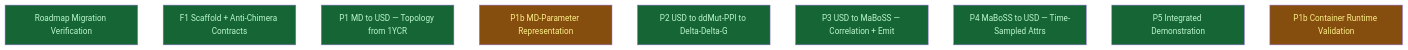
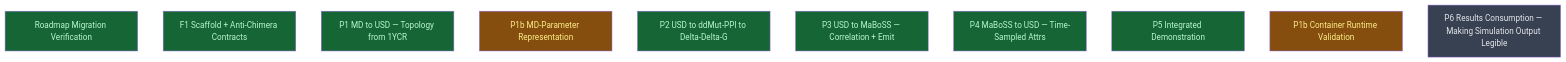
The diagram in __roadmap__/p53-mdm2-v2/README.md (LittleCoinCoin/usd-bio), drawn with Mermaid before and after one commit. The commit also changed other lines of this file and 7 other files, not shown here.

First line of the commit message:
docs(p53-mdm2): R15 results-consumption boundary — payloads, plots, and the opacity rule

````diff
--- a/__roadmap__/p53-mdm2-v2/README.md
+++ b/__roadmap__/p53-mdm2-v2/README.md
@@ -45,17 +45,18 @@
 ```mermaid
 graph TD
     migration_verification[Roadmap Migration Verification]:::done
     f1_scaffold[F1 Scaffold + Anti-Chimera Contracts]:::done
     p1_topology_from_1ycr[P1 MD to USD — Topology from 1YCR]:::done
     p1b_md_parameter_representation[P1b MD-Parameter Representation]:::inprogress
     p2_ddg_pipeline[P2 USD to ddMut-PPI to Delta-Delta-G]:::done
     p3_maboss_emit[P3 USD to MaBoSS — Correlation + Emit]:::done
     p4_maboss_readback[P4 MaBoSS to USD — Time-Sampled Attrs]:::done
     p5_integrated_demo[P5 Integrated Demonstration]:::done
     p1b_container_runtime[P1b Container Runtime Validation]:::inprogress
+    p6_results_consumption[P6 Results Consumption — Making Simulation Output Legible]:::planned
     classDef done       fill:#166534,color:#bbf7d0
     classDef inprogress fill:#854d0e,color:#fef08a
     classDef planned    fill:#374151,color:#e5e7eb
     classDef amendment  fill:#1e3a5f,color:#bfdbfe
     classDef blocked    fill:#7f1d1d,color:#fecaca
 ```
````
